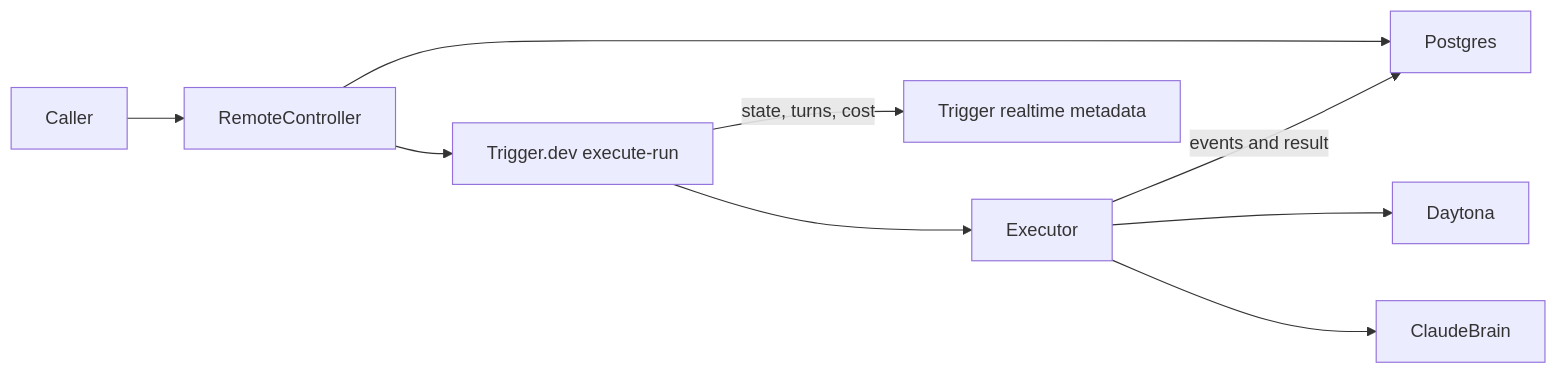
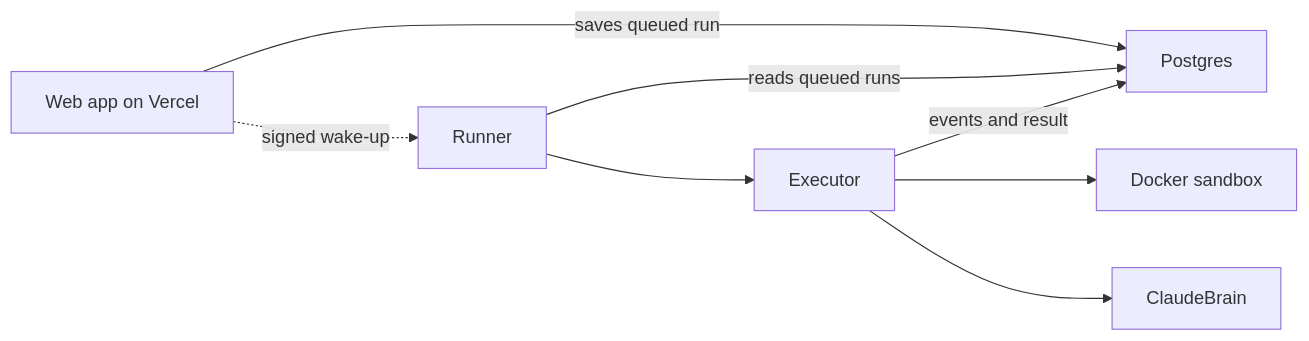
Before and after one commit to roop37/nanogent: the second of 2 diagrams in docs/architecture.md, drawn with Mermaid. The commit also changed other lines of this file and 6 other files, not shown here.

````diff
--- a/docs/architecture.md
+++ b/docs/architecture.md
@@ -40,11 +40,10 @@
 ```mermaid
 flowchart LR
-  Caller --> RemoteController
-  RemoteController --> Postgres
-  RemoteController --> Trigger[Trigger.dev execute-run]
-  Trigger --> Executor
-  Executor --> Daytona
+  Web[Web app on Vercel] -->|saves queued run| Postgres
+  Web -. signed wake-up .-> Runner
+  Runner -->|reads queued runs| Postgres
+  Runner --> Executor
+  Executor --> Sandbox[Docker sandbox]
   Executor --> ClaudeBrain
   Executor -- events and result --> Postgres
-  Trigger -- state, turns, cost --> Metadata[Trigger realtime metadata]
 ```
````
